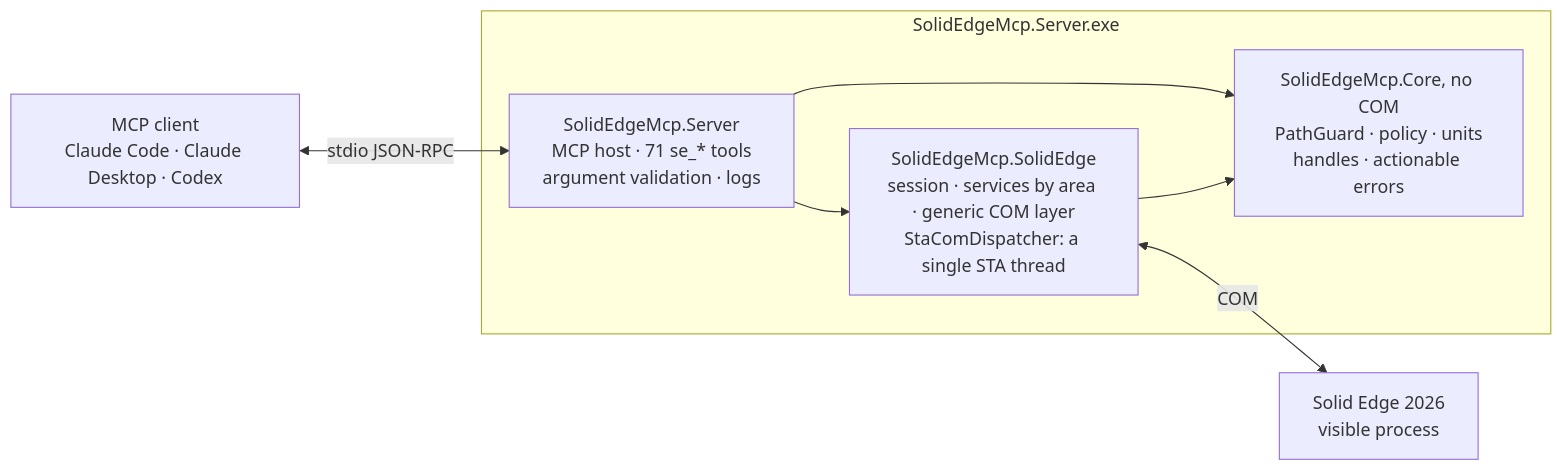
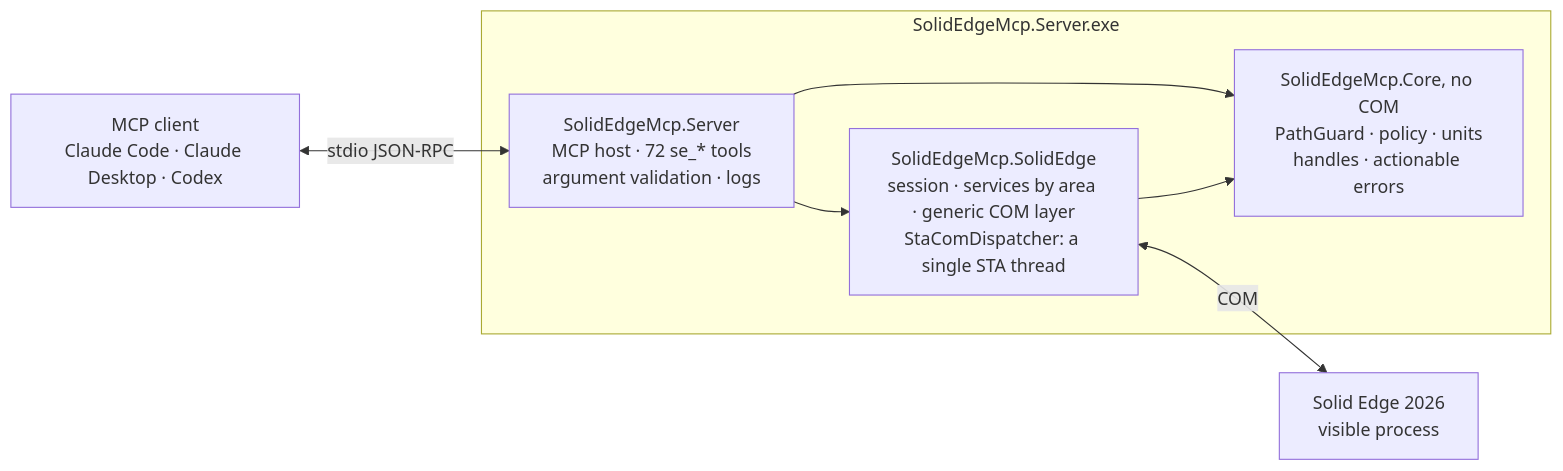
The diagram in README.md (gabichuuuuu/solid-edge-mcp), drawn with Mermaid before and after one commit. The commit also changed other lines of this file and 17 other files, not shown here.

````diff
--- a/README.md
+++ b/README.md
@@ -314,18 +315,18 @@
 ```mermaid
 flowchart LR
     client["MCP client<br/>Claude Code · Claude Desktop · Codex"]
 
     subgraph exe ["SolidEdgeMcp.Server.exe"]
-        server["SolidEdgeMcp.Server<br/>MCP host · 71 se_* tools<br/>argument validation · logs"]
+        server["SolidEdgeMcp.Server<br/>MCP host · 72 se_* tools<br/>argument validation · logs"]
         se["SolidEdgeMcp.SolidEdge<br/>session · services by area · generic COM layer<br/>StaComDispatcher: a single STA thread"]
         core["SolidEdgeMcp.Core, no COM<br/>PathGuard · policy · units<br/>handles · actionable errors"]
         server --> se
         server --> core
         se --> core
     end
 
     app["Solid Edge 2026<br/>visible process"]
 
     client <-->|stdio JSON-RPC| server
     se <-->|COM| app
 ```
````
